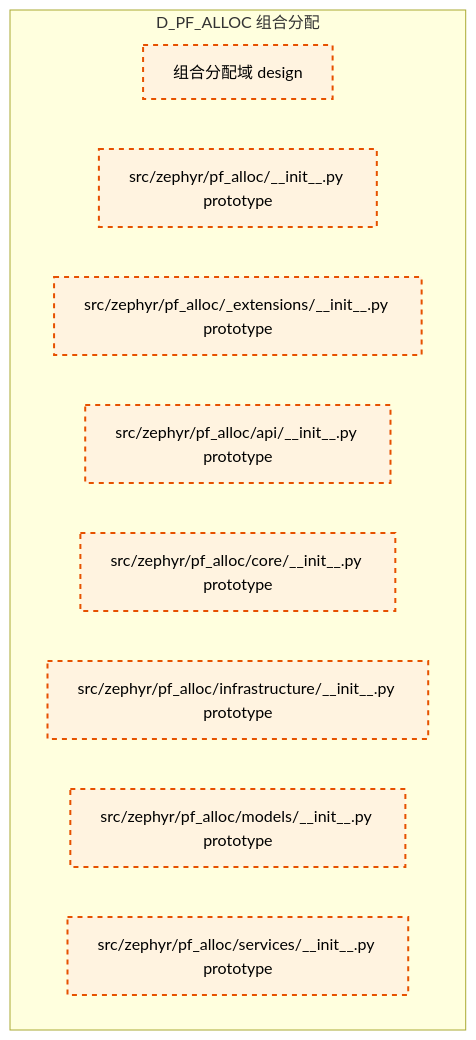
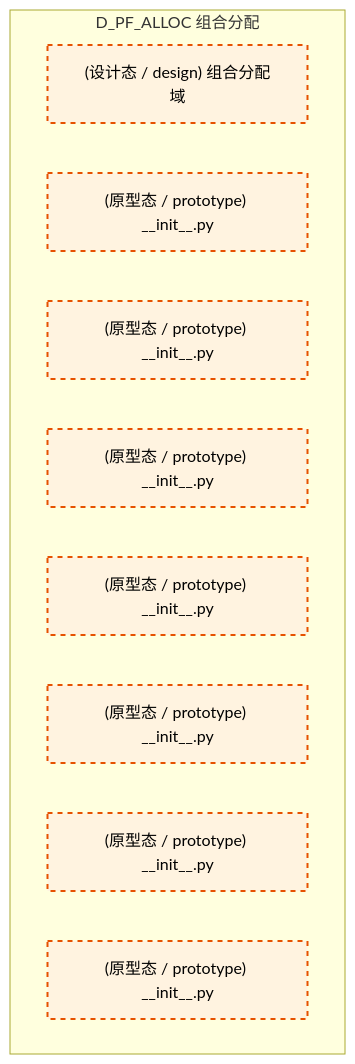
One commit to xuanFelixVan/ZephyrAlpha changed the diagram in docs/02_enterprise_architecture/02_domain_architecture_docs/43_d_pf_alloc.md. Above: the diagram before and after it, drawn with Mermaid. The commit also changed other lines of this file and 100 other files, not shown here.

````diff
--- a/docs/02_enterprise_architecture/02_domain_architecture_docs/43_d_pf_alloc.md
+++ b/docs/02_enterprise_architecture/02_domain_architecture_docs/43_d_pf_alloc.md
@@ -47,18 +49,18 @@
 ```mermaid
 graph TD
     subgraph D_PF_ALLOC["D_PF_ALLOC 组合分配"]
-        src_zephyr_pf_alloc["组合分配域 design"]
-        src_zephyr_pf_alloc_init_py["src/zephyr/pf_alloc/__init__.py prototype"]
-        src_zephyr_pf_alloc_extensions_init_py["src/zephyr/pf_alloc/_extensions/__init__.py prototype"]
-        src_zephyr_pf_alloc_api_init_py["src/zephyr/pf_alloc/api/__init__.py prototype"]
-        src_zephyr_pf_alloc_core_init_py["src/zephyr/pf_alloc/core/__init__.py prototype"]
-        src_zephyr_pf_alloc_infrastructure_init_py["src/zephyr/pf_alloc/infrastructure/__init__.py prototype"]
-        src_zephyr_pf_alloc_models_init_py["src/zephyr/pf_alloc/models/__init__.py prototype"]
-        src_zephyr_pf_alloc_services_init_py["src/zephyr/pf_alloc/services/__init__.py prototype"]
+        src_zephyr_pf_alloc["(设计态 / design) 组合分配域"]
+        src_zephyr_pf_alloc_init_py["(原型态 / prototype) __init__.py"]
+        src_zephyr_pf_alloc_extensions_init_py["(原型态 / prototype) __init__.py"]
+        src_zephyr_pf_alloc_api_init_py["(原型态 / prototype) __init__.py"]
+        src_zephyr_pf_alloc_core_init_py["(原型态 / prototype) __init__.py"]
+        src_zephyr_pf_alloc_infrastructure_init_py["(原型态 / prototype) __init__.py"]
+        src_zephyr_pf_alloc_models_init_py["(原型态 / prototype) __init__.py"]
+        src_zephyr_pf_alloc_services_init_py["(原型态 / prototype) __init__.py"]
     end
     classDef production fill:#e1f5fe,stroke:#01579b,stroke-width:2px,color:#000
     classDef design fill:#fff3e0,stroke:#e65100,stroke-width:2px,color:#000,stroke-dasharray: 5 5
     classDef external_prod fill:#e8f5e9,stroke:#1b5e20,stroke-width:1px,color:#000
     classDef external_design fill:#fce4ec,stroke:#880e4f,stroke-width:1px,color:#000,stroke-dasharray: 5 5
     class src_zephyr_pf_alloc,src_zephyr_pf_alloc_init_py,src_zephyr_pf_alloc_extensions_init_py,src_zephyr_pf_alloc_api_init_py,src_zephyr_pf_alloc_core_init_py,src_zephyr_pf_alloc_infrastructure_init_py,src_zephyr_pf_alloc_models_init_py,src_zephyr_pf_alloc_services_init_py design
 ```
````
